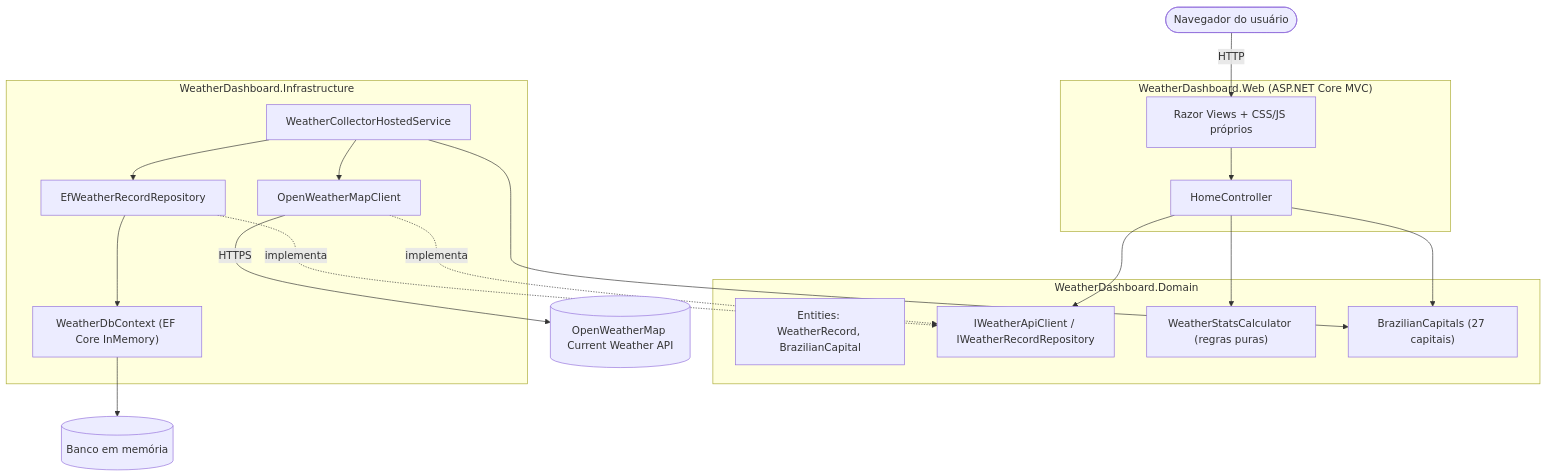
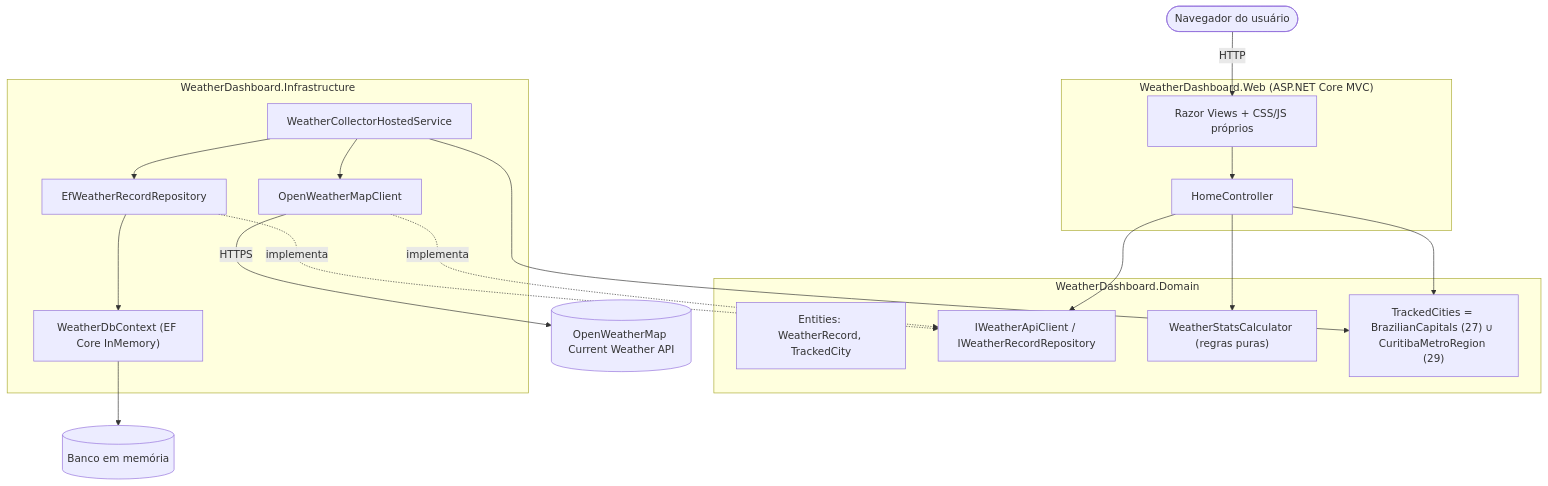
One commit to melmyuka1/clima-brasil changed the first of 3 diagrams in docs/architecture.md. Above: the diagram before and after it, drawn with Mermaid. The commit also changed other lines of this file and 20 other files, not shown here.

````diff
--- a/docs/architecture.md
+++ b/docs/architecture.md
@@ -24,38 +24,38 @@
 ```mermaid
 graph TD
     subgraph Web["WeatherDashboard.Web (ASP.NET Core MVC)"]
         Views["Razor Views + CSS/JS próprios"]
         Controllers["HomeController"]
     end
 
     subgraph Domain["WeatherDashboard.Domain"]
-        Entities["Entities: WeatherRecord, BrazilianCapital"]
+        Entities["Entities: WeatherRecord, TrackedCity"]
         Interfaces["IWeatherApiClient / IWeatherRecordRepository"]
         Services["WeatherStatsCalculator (regras puras)"]
-        Catalog["BrazilianCapitals (27 capitais)"]
+        Catalog["TrackedCities = BrazilianCapitals (27) ∪ CuritibaMetroRegion (29)"]
     end
 
     subgraph Infra["WeatherDashboard.Infrastructure"]
         Collector["WeatherCollectorHostedService"]
         ApiClient["OpenWeatherMapClient"]
         Repo["EfWeatherRecordRepository"]
         DbContext["WeatherDbContext (EF Core InMemory)"]
     end
 
     Browser(["Navegador do usuário"]) -- HTTP --> Views
     Views --> Controllers
     Controllers --> Interfaces
     Controllers --> Services
     Controllers --> Catalog
 
     ApiClient -. implementa .-> Interfaces
     Repo -. implementa .-> Interfaces
     Repo --> DbContext
 
     Collector --> ApiClient
     Collector --> Repo
     Collector --> Catalog
 
     ApiClient -- HTTPS --> OWM[("OpenWeatherMap Current Weather API")]
     DbContext --> DB[("Banco em memória")]
 ```
````
